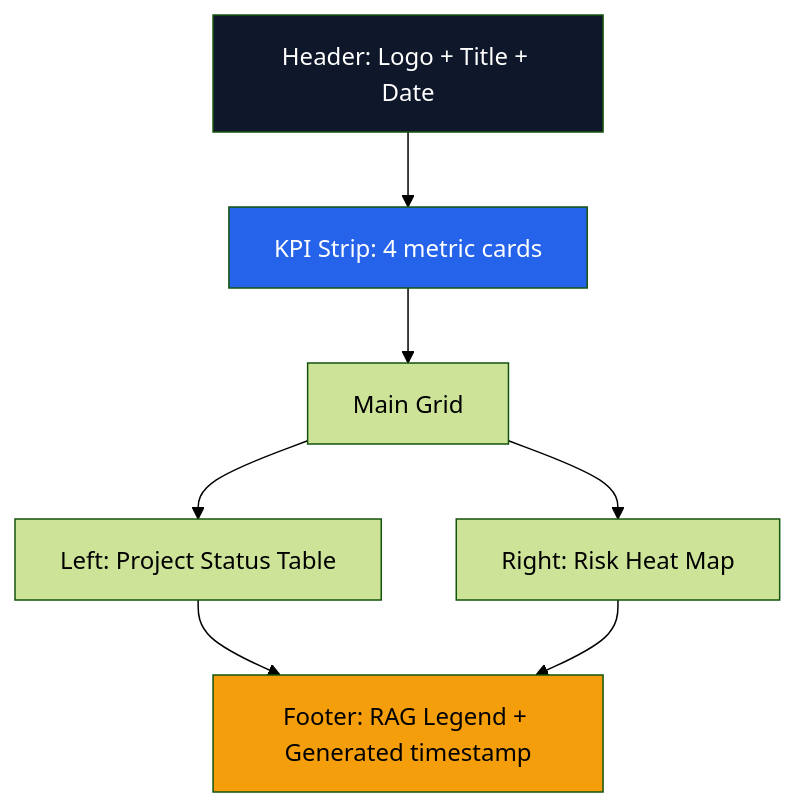
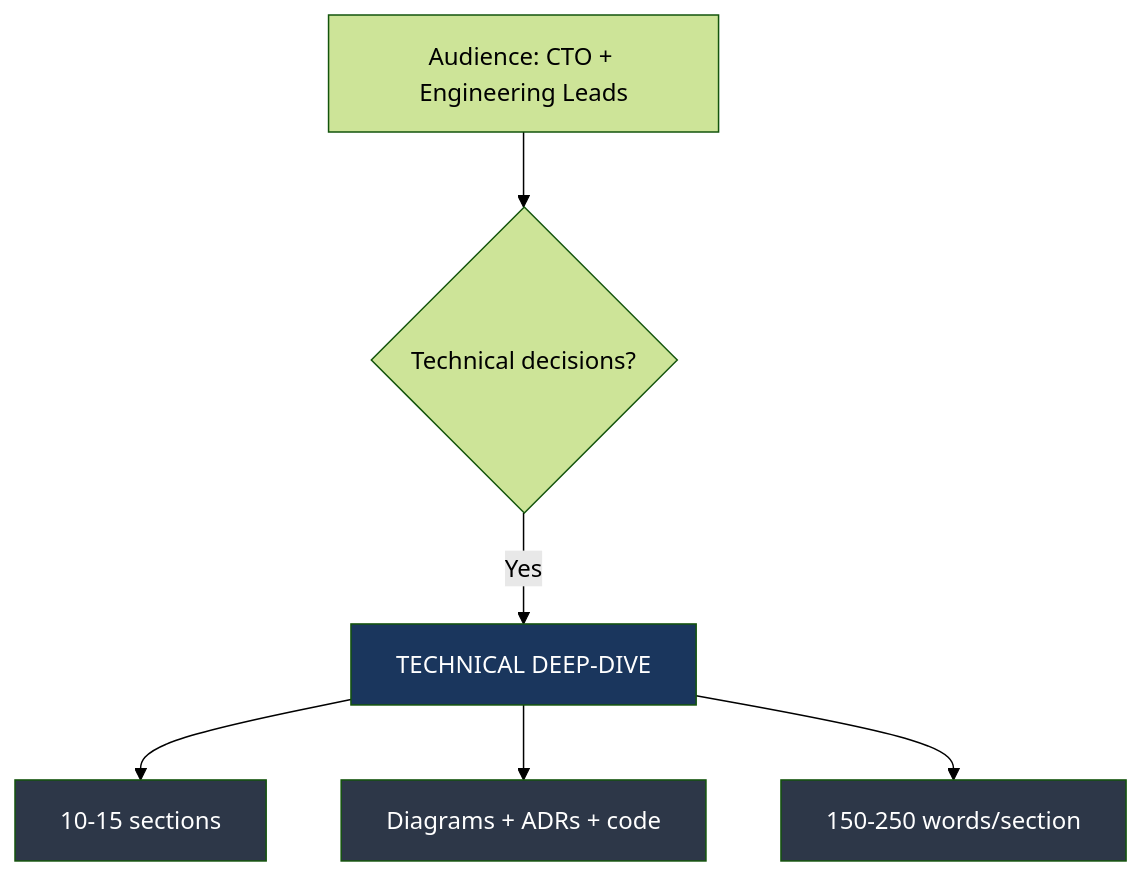
The first of 2 diagrams in pm-project-framework/skills/html-brand/examples/sample-output.md (javiermontano-sofka/sofka-discovery-framework-public), drawn with Mermaid (forest theme) before and after one commit. The commit also changed other lines of this file and 4014 other files, not shown here.

First line of the commit message:
feat(cross-framework): sync 209 skills across SDF, MAO, PM — add 6 AI architecture skills

````diff
--- a/pm-project-framework/skills/html-brand/examples/sample-output.md
+++ b/pm-project-framework/skills/html-brand/examples/sample-output.md
@@ -28,12 +31,13 @@
 ```mermaid
-graph TD
-    A[Header: Logo + Title + Date] --> B[KPI Strip: 4 metric cards]
-    B --> C[Main Grid]
-    C --> D[Left: Project Status Table]
-    C --> E[Right: Risk Heat Map]
-    D --> F[Footer: RAG Legend + Generated timestamp]
-    E --> F
-    style A fill:#0F172A,color:#fff
-    style B fill:#2563EB,color:#fff
-    style F fill:#F59E0B,color:#000
+flowchart TD
+    A[Audience: CTO + Engineering Leads] --> B{Technical decisions?}
+    B -->|Yes| C[TECHNICAL DEEP-DIVE]
+    C --> D[10-15 sections]
+    C --> E[Diagrams + ADRs + code]
+    C --> F[150-250 words/section]
+
+    style C fill:#1a365d,color:#fff
+    style D fill:#2d3748,color:#fff
+    style E fill:#2d3748,color:#fff
+    style F fill:#2d3748,color:#fff
 ```
````
